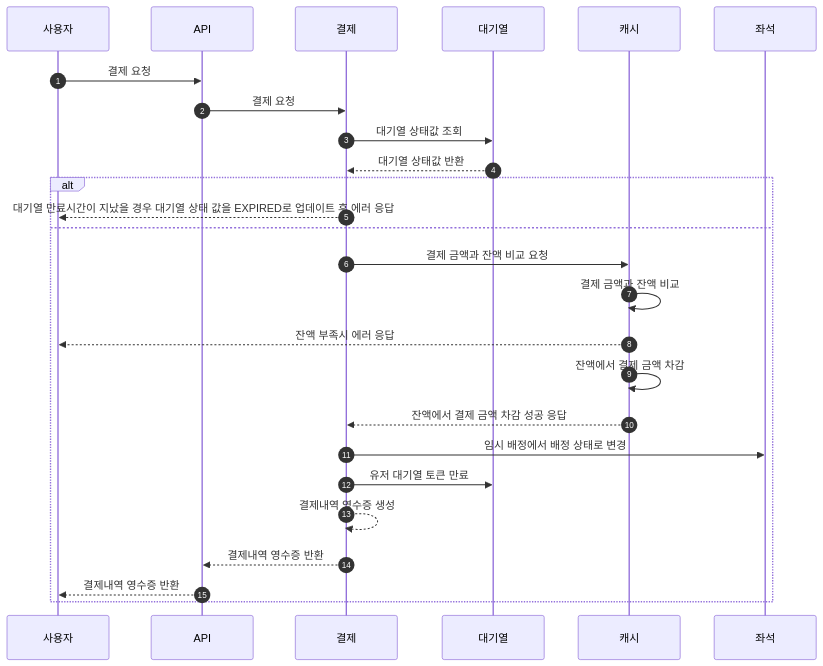
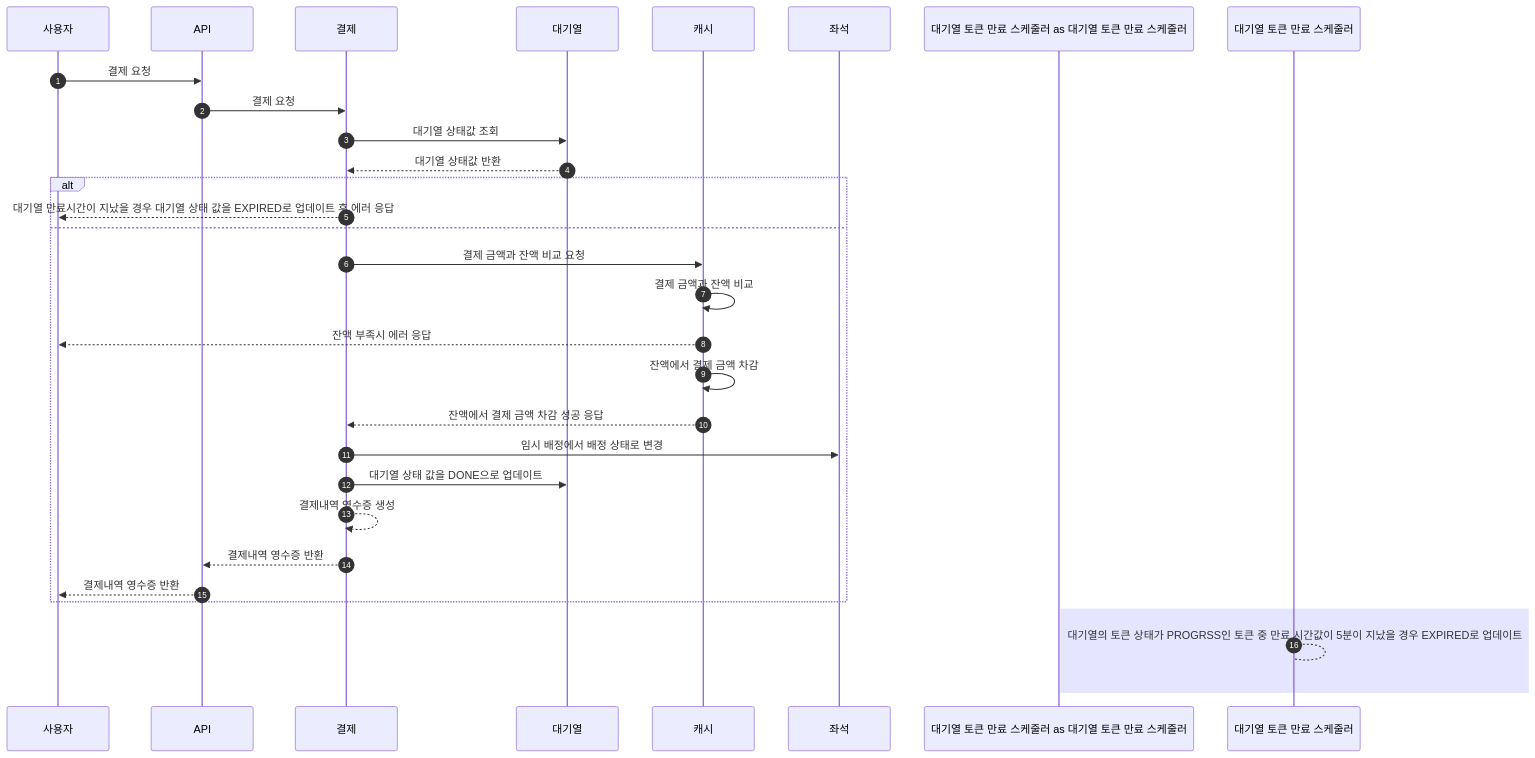
Before and after one commit to jikimee64/hhplus-concert: the seventh of 7 diagrams in docs/sequence.md, drawn with Mermaid. The commit also changed other lines of this file, not shown here.

First line of the commit message:
docs: 시퀀스 다이어그램 수정

````diff
--- a/docs/sequence.md
+++ b/docs/sequence.md
@@ -145,28 +159,32 @@
 ```mermaid
 sequenceDiagram
     autonumber
     participant 사용자 as 사용자
     participant API as API
     participant 결제 as 결제
     participant 대기열 as 대기열
     participant 캐시 as 캐시
     participant 좌석 as 좌석
+    participant 대기열 토큰 만료 스케줄러 as 대기열 토큰 만료 스케줄러
     사용자 ->> API: 결제 요청
     API ->> 결제: 결제 요청
     결제 ->> 대기열: 대기열 상태값 조회
     대기열 -->> 결제: 대기열 상태값 반환
     alt
         결제 -->> 사용자: 대기열 만료시간이 지났을 경우 대기열 상태 값을 EXPIRED로 업데이트 후 에러 응답
     else
         결제 ->> 캐시: 결제 금액과 잔액 비교 요청
         캐시 ->> 캐시: 결제 금액과 잔액 비교
         캐시 -->> 사용자: 잔액 부족시 에러 응답
         캐시 ->> 캐시: 잔액에서 결제 금액 차감
         캐시 -->> 결제: 잔액에서 결제 금액 차감 성공 응답
         결제 ->> 좌석: 임시 배정에서 배정 상태로 변경
-        결제 ->> 대기열: 유저 대기열 토큰 만료
+        결제 ->> 대기열: 대기열 상태 값을 DONE으로 업데이트
         결제 -->> 결제: 결제내역 영수증 생성
         결제 -->> API: 결제내역 영수증 반환
         API -->> 사용자: 결제내역 영수증 반환
     end
+    rect rgba(0, 0, 255, .1)
+        대기열 토큰 만료 스케줄러 --> 대기열 토큰 만료 스케줄러: 대기열의 토큰 상태가 PROGRSS인 토큰 중 만료 시간값이 5분이 지났을 경우 EXPIRED로 업데이트
+    end
 ```
````
